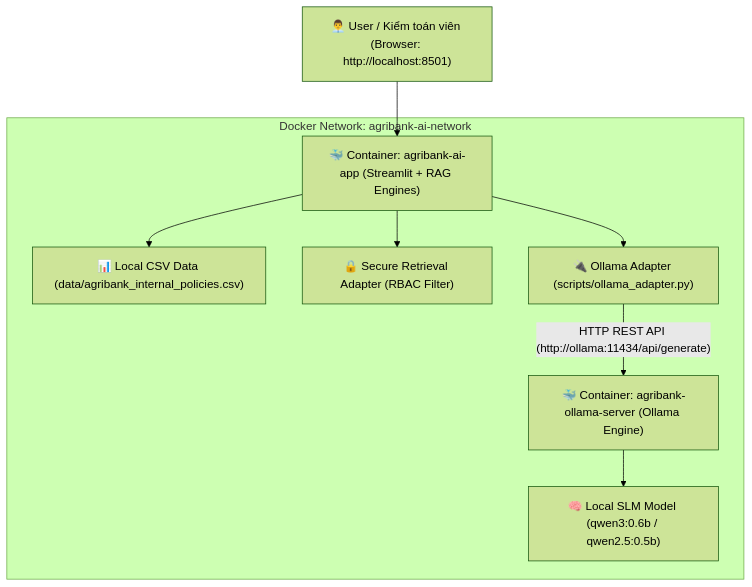
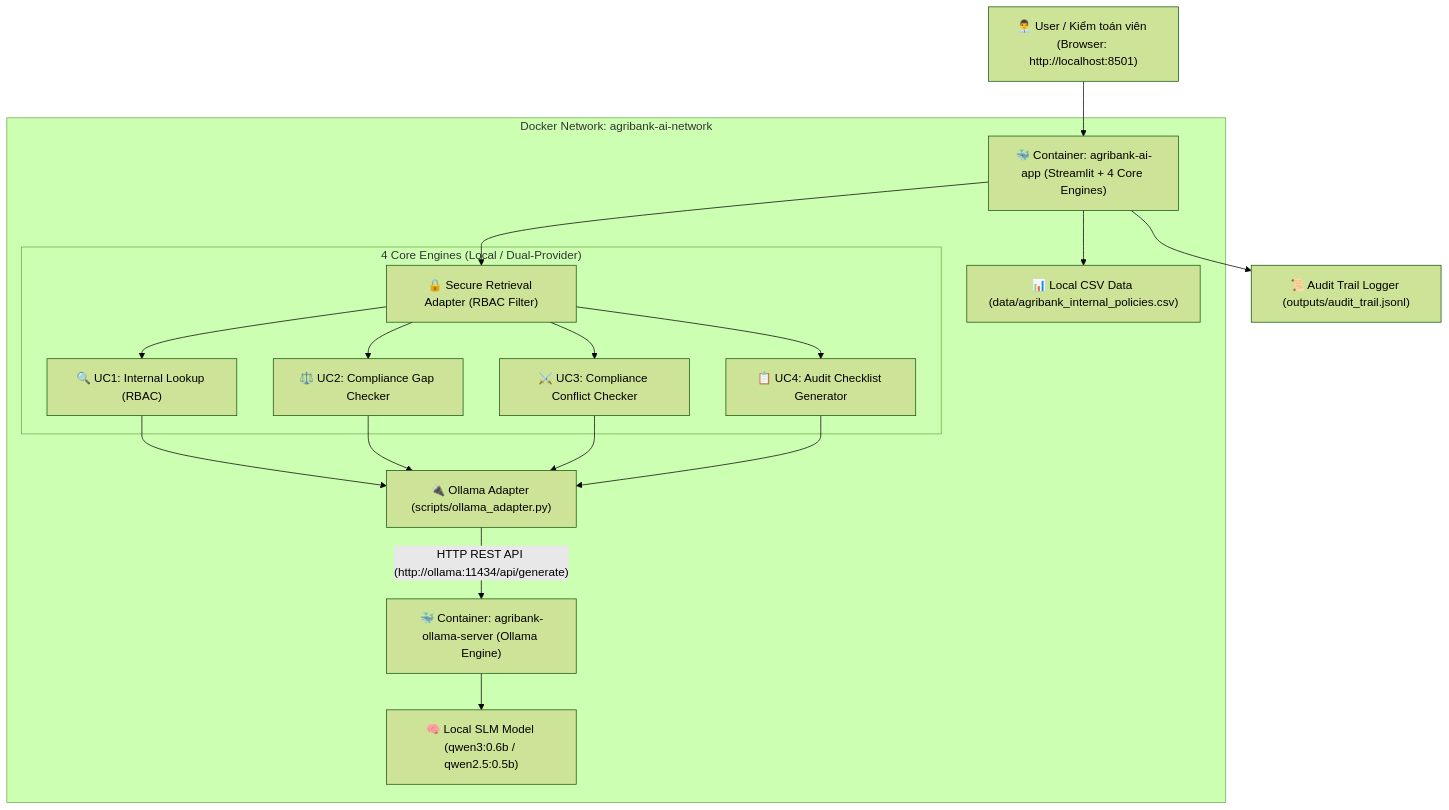
Before and after one commit to tayhanoi89-cpu/Rag_thuchanh: the diagram in RAG/rag_advance/buoi_19/Buoi_19.md, drawn with Mermaid (forest theme). The commit also changed other lines of this file and 7 other files, not shown here.

````diff
--- a/RAG/rag_advance/buoi_19/Buoi_19.md
+++ b/RAG/rag_advance/buoi_19/Buoi_19.md
@@ -30,12 +45,26 @@
 ```mermaid
 graph TD
-    User["👨‍💼 User / Kiểm toán viên (Browser: http://localhost:8501)"] --> AppContainer["🐳 Container: agribank-ai-app (Streamlit + RAG Engines)"]
+    User["👨‍💼 User / Kiểm toán viên (Browser: http://localhost:8501)"] --> AppContainer["🐳 Container: agribank-ai-app (Streamlit + 4 Core Engines)"]
     
     subgraph "Docker Network: agribank-ai-network"
         AppContainer --> InternalData["📊 Local CSV Data (data/agribank_internal_policies.csv)"]
         AppContainer --> SecureRetriever["🔒 Secure Retrieval Adapter (RBAC Filter)"]
-        AppContainer --> OllamaAdapter["🔌 Ollama Adapter (scripts/ollama_adapter.py)"]
+        
+        subgraph "4 Core Engines (Local / Dual-Provider)"
+            SecureRetriever --> UC1["🔍 UC1: Internal Lookup (RBAC)"]
+            SecureRetriever --> UC2["⚖️ UC2: Compliance Gap Checker"]
+            SecureRetriever --> UC3["⚔️ UC3: Compliance Conflict Checker"]
+            SecureRetriever --> UC4["📋 UC4: Audit Checklist Generator"]
+        end
+        
+        UC1 --> OllamaAdapter["🔌 Ollama Adapter (scripts/ollama_adapter.py)"]
+        UC2 --> OllamaAdapter
+        UC3 --> OllamaAdapter
+        UC4 --> OllamaAdapter
+        
         OllamaAdapter -- "HTTP REST API (http://ollama:11434/api/generate)" --> OllamaContainer["🐳 Container: agribank-ollama-server (Ollama Engine)"]
         OllamaContainer --> LocalModel["🧠 Local SLM Model (qwen3:0.6b / qwen2.5:0.5b)"]
     end
+    
+    AppContainer --> AuditLog["📜 Audit Trail Logger (outputs/audit_trail.jsonl)"]
 ```
````
